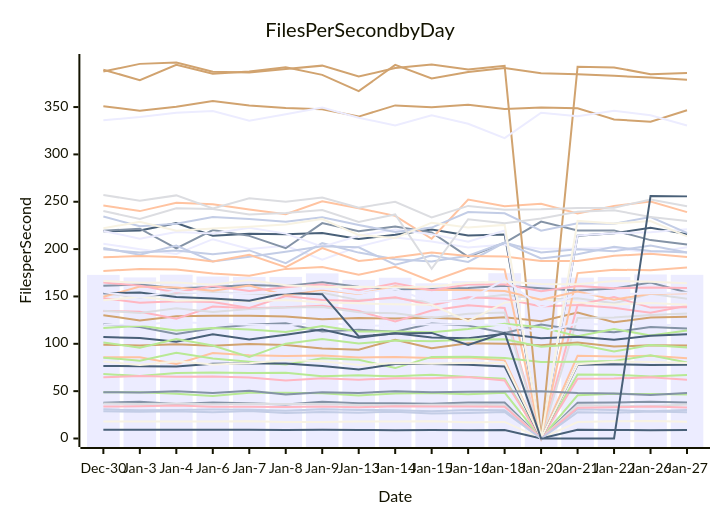
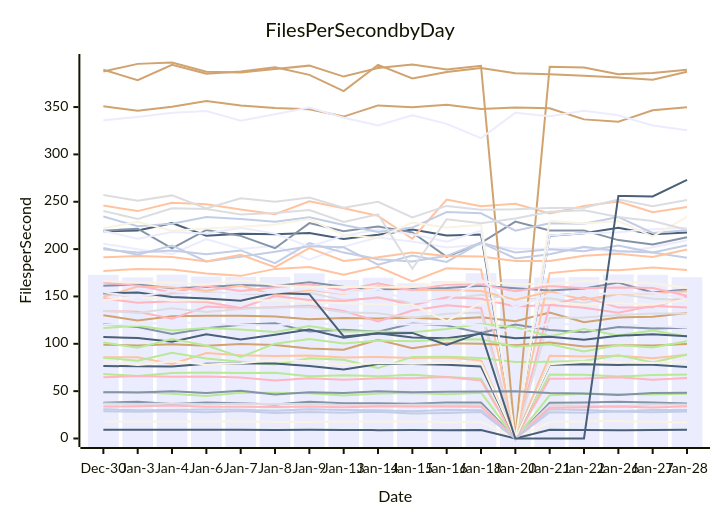
One commit to streetsidesoftware/cspell changed the diagram in perf-report.md. Above: the diagram before and after it, drawn with Mermaid. The commit also changed other lines of this file and 1 other file, not shown here.

````diff
--- a/perf-report.md
+++ b/perf-report.md
@@ -10,57 +10,57 @@
 ```mermaid
 xychart-beta
     title Files Per Second by Day
     y-axis Files per Second
-    x-axis Date [Dec-30, Jan-3, Jan-4, Jan-6, Jan-7, Jan-8, Jan-9, Jan-13, Jan-14, Jan-15, Jan-16, Jan-18, Jan-20, Jan-21, Jan-22, Jan-26, Jan-27]
-    bar [172.79, 170.07, 172.98, 171.06, 170.63, 170.60, 174.36, 167.48, 169.75, 163.88, 166.13, 174.50, 168.43, 169.86, 170.44, 173.21, 172.82]
-    line [37.85, 38.77, 36.54, 38.02, 37.20, 35.97, 38.77, 37.19, 37.15, 36.65, 38.13, 37.95, 0.00, 37.76, 37.89, 38.81, 37.93]
-    line [85.81, 85.78, 78.64, 90.27, 87.90, 87.06, 87.60, 85.54, 86.15, 85.12, 85.43, 82.51, 0.00, 87.43, 86.48, 87.49, 84.71]
-    line [153.21, 148.91, 153.20, 154.41, 153.05, 151.33, 153.98, 146.13, 148.32, 143.55, 147.19, 151.83, 146.83, 148.17, 142.81, 152.72, 147.54]
-    line [48.82, 48.74, 47.38, 44.97, 48.20, 48.28, 47.88, 45.48, 47.52, 48.15, 46.82, 48.44, 0.00, 45.59, 47.24, 46.87, 46.43]
-    line [130.19, 124.72, 128.97, 129.63, 129.57, 128.75, 125.98, 127.26, 126.67, 127.57, 126.01, 128.09, 123.93, 133.11, 122.76, 127.88, 128.69]
-    line [30.88, 29.79, 30.12, 30.58, 30.44, 29.43, 30.82, 30.13, 29.74, 28.69, 30.19, 29.74, 0.00, 30.87, 30.00, 28.70, 30.12]
-    line [134.58, 133.84, 126.46, 139.31, 137.59, 138.48, 140.31, 134.58, 123.64, 135.23, 140.79, 137.86, 0.00, 141.02, 138.02, 132.73, 140.24]
-    line [218.79, 219.63, 227.40, 214.16, 216.11, 215.58, 216.92, 210.61, 215.07, 220.69, 214.26, 215.48, 0.00, 214.23, 216.83, 222.41, 215.81]
-    line [17.93, 17.83, 17.83, 17.89, 18.19, 17.48, 17.44, 18.04, 18.04, 18.22, 17.23, 17.55, 0.00, 17.39, 18.17, 18.55, 17.57]
-    line [205.76, 199.93, 194.96, 210.48, 200.08, 203.53, 188.73, 202.65, 212.27, 207.96, 201.68, 204.97, 200.41, 200.50, 201.35, 196.11, 202.03]
-    line [219.38, 221.60, 200.66, 220.18, 213.99, 200.90, 227.46, 218.81, 223.94, 217.59, 191.78, 206.70, 229.01, 219.68, 219.77, 209.49, 204.94]
-    line [245.95, 240.13, 248.92, 247.35, 241.85, 236.85, 250.47, 243.18, 235.07, 210.91, 252.26, 245.25, 247.79, 237.71, 245.48, 250.24, 239.03]
-    line [134.99, 132.64, 137.41, 133.47, 136.71, 138.45, 138.88, 133.26, 132.31, 127.23, 131.76, 132.93, 0.00, 127.27, 127.81, 130.32, 132.03]
-    line [68.15, 65.99, 69.11, 69.77, 69.09, 69.36, 65.84, 66.66, 65.78, 67.40, 65.04, 63.23, 0.00, 67.48, 67.27, 65.41, 67.07]
-    line [350.95, 345.98, 350.21, 356.35, 351.62, 349.11, 347.65, 339.94, 351.75, 349.84, 352.46, 347.95, 349.61, 348.67, 336.98, 334.45, 346.57]
-    line [199.78, 196.30, 198.61, 194.45, 198.60, 185.12, 206.27, 196.30, 189.40, 186.97, 192.92, 206.92, 196.43, 199.84, 197.78, 203.69, 196.52]
-    line [148.04, 143.32, 145.06, 144.14, 137.83, 150.50, 146.15, 145.30, 149.05, 140.78, 149.26, 147.65, 139.36, 140.95, 149.41, 138.21, 138.55]
-    line [9.12, 9.16, 9.11, 9.12, 9.14, 8.90, 9.21, 9.09, 8.82, 8.93, 8.76, 8.99, 0.00, 9.21, 8.99, 8.69, 9.06]
-    line [145.93, 149.70, 145.36, 146.19, 145.02, 146.18, 143.49, 142.76, 141.64, 141.15, 123.99, 143.49, 147.59, 143.59, 141.42, 143.21, 141.20]
-    line [219.17, 210.98, 218.13, 216.47, 222.63, 216.37, 202.60, 214.18, 220.74, 215.80, 207.87, 219.52, 0.00, 214.36, 216.75, 217.84, 220.87]
-    line [120.64, 117.82, 110.33, 116.53, 120.08, 121.77, 112.94, 114.87, 112.73, 121.37, 119.21, 111.41, 120.28, 114.69, 112.28, 117.78, 116.14]
-    line [176.99, 178.92, 178.38, 174.22, 171.75, 179.11, 181.04, 172.87, 181.24, 165.83, 179.67, 178.49, 0.00, 174.64, 178.29, 177.69, 180.46]
-    line [36.98, 36.38, 37.08, 36.07, 36.65, 36.34, 36.49, 35.46, 35.24, 35.59, 35.58, 35.07, 0.00, 35.24, 34.68, 33.94, 35.92]
-    line [85.34, 82.22, 90.61, 84.54, 80.98, 78.06, 84.72, 83.13, 74.36, 86.16, 86.38, 84.98, 80.87, 81.08, 81.74, 87.91, 80.34]
-    line [387.60, 395.60, 397.05, 387.31, 386.47, 390.16, 393.74, 382.18, 391.17, 394.86, 389.55, 393.53, 0.00, 392.61, 391.87, 384.72, 385.87]
-    line [201.20, 194.13, 203.79, 186.99, 191.85, 197.16, 203.10, 201.84, 183.49, 193.18, 186.41, 206.76, 190.09, 194.48, 202.39, 197.93, 196.32]
-    line [64.66, 65.89, 65.11, 65.47, 64.47, 61.13, 63.67, 62.15, 63.63, 63.52, 64.93, 61.26, 0.00, 63.19, 63.24, 64.72, 62.00]
-    line [76.50, 76.34, 76.08, 79.03, 79.23, 79.24, 76.50, 72.97, 78.65, 78.72, 77.98, 76.03, 0.00, 77.82, 78.41, 77.74, 77.78]
-    line [81.41, 77.52, 81.68, 78.20, 79.53, 83.01, 81.62, 77.54, 79.76, 78.94, 80.05, 79.79, 0.00, 78.41, 81.03, 80.80, 79.69]
-    line [336.17, 339.40, 343.93, 345.83, 335.66, 342.43, 349.42, 338.80, 330.51, 341.37, 332.29, 317.17, 344.00, 340.27, 346.07, 341.26, 330.59]
-    line [161.25, 162.72, 158.59, 160.02, 162.06, 161.10, 164.91, 160.36, 157.59, 157.97, 159.04, 161.40, 158.69, 156.26, 158.43, 164.60, 154.09]
-    line [191.45, 192.64, 191.68, 186.85, 193.93, 180.85, 201.04, 187.54, 191.28, 196.46, 192.64, 192.25, 187.45, 187.38, 192.87, 195.04, 191.69]
-    line [257.10, 251.12, 256.72, 242.84, 253.62, 250.11, 254.55, 243.64, 250.04, 233.42, 245.62, 241.64, 242.10, 243.52, 243.78, 252.46, 245.33]
-    line [116.64, 119.03, 114.16, 116.74, 115.06, 112.51, 118.83, 112.95, 112.89, 112.17, 115.75, 121.13, 117.45, 107.89, 115.63, 108.80, 113.98]
-    line [99.08, 98.33, 99.60, 97.96, 99.84, 98.62, 95.10, 93.83, 104.36, 95.41, 100.49, 100.17, 98.43, 101.26, 97.05, 98.45, 98.30]
-    line [234.40, 224.05, 226.75, 234.01, 231.87, 229.00, 233.60, 225.53, 218.14, 222.73, 239.07, 237.86, 219.38, 227.33, 226.70, 233.87, 217.12]
-    line [33.78, 33.96, 34.86, 33.41, 33.47, 33.19, 33.82, 33.01, 34.00, 33.70, 33.67, 33.62, 0.00, 32.53, 32.97, 33.70, 32.82]
-    line [107.07, 106.25, 102.14, 110.16, 104.65, 109.58, 115.11, 106.48, 111.07, 106.70, 105.83, 110.59, 105.90, 107.50, 104.30, 108.52, 110.13]
-    line [222.00, 228.77, 219.30, 221.68, 223.62, 226.04, 231.74, 214.77, 211.68, 227.93, 222.84, 225.57, 0.00, 229.76, 226.99, 229.64, 213.50]
-    line [120.11, 120.07, 122.96, 121.36, 120.04, 119.36, 122.67, 118.82, 119.70, 120.72, 120.60, 119.83, 111.61, 121.49, 119.94, 120.57, 119.01]
-    line [48.88, 48.70, 49.88, 48.16, 50.54, 46.59, 48.81, 48.15, 49.96, 48.86, 49.35, 49.61, 49.98, 48.14, 47.57, 46.02, 47.96]
-    line [149.63, 160.44, 159.38, 155.94, 161.49, 151.30, 157.09, 152.68, 160.69, 156.79, 156.81, 155.73, 146.52, 155.23, 146.60, 152.95, 153.44]
-    line [240.28, 231.82, 243.15, 242.35, 236.52, 238.12, 241.19, 228.64, 236.61, 179.24, 231.58, 227.41, 232.25, 239.53, 241.09, 233.83, 229.73]
-    line [101.39, 95.92, 105.11, 98.16, 86.10, 100.14, 105.08, 100.22, 103.42, 102.77, 104.55, 104.84, 96.90, 99.42, 91.88, 98.65, 96.11]
-    line [389.40, 378.43, 394.66, 385.25, 387.67, 392.05, 384.01, 366.78, 394.48, 380.24, 387.08, 391.19, 385.76, 384.74, 382.99, 381.11, 378.87]
-    line [28.71, 28.29, 28.89, 27.76, 28.93, 26.82, 27.98, 27.25, 28.25, 26.29, 26.94, 27.92, 0.00, 27.74, 27.10, 28.41, 27.77]
-    line [164.75, 161.43, 154.09, 160.97, 155.89, 159.83, 162.81, 156.59, 163.92, 156.50, 162.70, 162.52, 155.39, 161.05, 158.62, 159.47, 158.84]
-    line [153.37, 154.17, 149.42, 147.86, 145.38, 153.63, 152.37, 107.78, 110.93, 111.50, 98.69, 111.74, 0.00, 0.00, 0.00, 256.11, 255.68]
-    line [166.42, 164.47, 164.70, 162.35, 167.49, 161.75, 159.91, 160.33, 159.51, 160.62, 164.27, 165.83, 163.17, 162.82, 166.39, 165.48, 164.06]
-    line [154.49, 149.59, 155.51, 152.61, 153.69, 153.81, 158.28, 153.24, 158.05, 143.97, 146.11, 167.84, 138.47, 151.83, 152.31, 153.48, 154.19]
+    x-axis Date [Dec-30, Jan-3, Jan-4, Jan-6, Jan-7, Jan-8, Jan-9, Jan-13, Jan-14, Jan-15, Jan-16, Jan-18, Jan-20, Jan-21, Jan-22, Jan-26, Jan-27, Jan-28]
+    bar [172.79, 170.07, 172.98, 171.06, 170.63, 170.60, 174.36, 167.48, 169.75, 163.88, 166.13, 174.50, 168.43, 169.86, 170.44, 173.21, 172.82, 170.35]
+    line [37.85, 38.77, 36.54, 38.02, 37.20, 35.97, 38.77, 37.19, 37.15, 36.65, 38.13, 37.95, 0.00, 37.76, 37.89, 38.81, 37.93, 37.08]
+    line [85.81, 85.78, 78.64, 90.27, 87.90, 87.06, 87.60, 85.54, 86.15, 85.12, 85.43, 82.51, 0.00, 87.43, 86.48, 87.49, 84.71, 88.42]
+    line [153.21, 148.91, 153.20, 154.41, 153.05, 151.33, 153.98, 146.13, 148.32, 143.55, 147.19, 151.83, 146.83, 148.17, 142.81, 152.72, 147.54, 146.30]
+    line [48.82, 48.74, 47.38, 44.97, 48.20, 48.28, 47.88, 45.48, 47.52, 48.15, 46.82, 48.44, 0.00, 45.59, 47.24, 46.87, 46.43, 47.28]
+    line [130.19, 124.72, 128.97, 129.63, 129.57, 128.75, 125.98, 127.26, 126.67, 127.57, 126.01, 128.09, 123.93, 133.11, 122.76, 127.88, 128.69, 132.57]
+    line [30.88, 29.79, 30.12, 30.58, 30.44, 29.43, 30.82, 30.13, 29.74, 28.69, 30.19, 29.74, 0.00, 30.87, 30.00, 28.70, 30.12, 30.00]
+    line [134.58, 133.84, 126.46, 139.31, 137.59, 138.48, 140.31, 134.58, 123.64, 135.23, 140.79, 137.86, 0.00, 141.02, 138.02, 132.73, 140.24, 138.29]
+    line [218.79, 219.63, 227.40, 214.16, 216.11, 215.58, 216.92, 210.61, 215.07, 220.69, 214.26, 215.48, 0.00, 214.23, 216.83, 222.41, 215.81, 217.55]
+    line [17.93, 17.83, 17.83, 17.89, 18.19, 17.48, 17.44, 18.04, 18.04, 18.22, 17.23, 17.55, 0.00, 17.39, 18.17, 18.55, 17.57, 17.18]
+    line [205.76, 199.93, 194.96, 210.48, 200.08, 203.53, 188.73, 202.65, 212.27, 207.96, 201.68, 204.97, 200.41, 200.50, 201.35, 196.11, 202.03, 209.24]
+    line [219.38, 221.60, 200.66, 220.18, 213.99, 200.90, 227.46, 218.81, 223.94, 217.59, 191.78, 206.70, 229.01, 219.68, 219.77, 209.49, 204.94, 212.58]
+    line [245.95, 240.13, 248.92, 247.35, 241.85, 236.85, 250.47, 243.18, 235.07, 210.91, 252.26, 245.25, 247.79, 237.71, 245.48, 250.24, 239.03, 244.34]
+    line [134.99, 132.64, 137.41, 133.47, 136.71, 138.45, 138.88, 133.26, 132.31, 127.23, 131.76, 132.93, 0.00, 127.27, 127.81, 130.32, 132.03, 132.01]
+    line [68.15, 65.99, 69.11, 69.77, 69.09, 69.36, 65.84, 66.66, 65.78, 67.40, 65.04, 63.23, 0.00, 67.48, 67.27, 65.41, 67.07, 67.57]
+    line [350.95, 345.98, 350.21, 356.35, 351.62, 349.11, 347.65, 339.94, 351.75, 349.84, 352.46, 347.95, 349.61, 348.67, 336.98, 334.45, 346.57, 349.76]
+    line [199.78, 196.30, 198.61, 194.45, 198.60, 185.12, 206.27, 196.30, 189.40, 186.97, 192.92, 206.92, 196.43, 199.84, 197.78, 203.69, 196.52, 190.87]
+    line [148.04, 143.32, 145.06, 144.14, 137.83, 150.50, 146.15, 145.30, 149.05, 140.78, 149.26, 147.65, 139.36, 140.95, 149.41, 138.21, 138.55, 149.90]
+    line [9.12, 9.16, 9.11, 9.12, 9.14, 8.90, 9.21, 9.09, 8.82, 8.93, 8.76, 8.99, 0.00, 9.21, 8.99, 8.69, 9.06, 9.13]
+    line [145.93, 149.70, 145.36, 146.19, 145.02, 146.18, 143.49, 142.76, 141.64, 141.15, 123.99, 143.49, 147.59, 143.59, 141.42, 143.21, 141.20, 146.82]
+    line [219.17, 210.98, 218.13, 216.47, 222.63, 216.37, 202.60, 214.18, 220.74, 215.80, 207.87, 219.52, 0.00, 214.36, 216.75, 217.84, 220.87, 222.65]
+    line [120.64, 117.82, 110.33, 116.53, 120.08, 121.77, 112.94, 114.87, 112.73, 121.37, 119.21, 111.41, 120.28, 114.69, 112.28, 117.78, 116.14, 117.06]
+    line [176.99, 178.92, 178.38, 174.22, 171.75, 179.11, 181.04, 172.87, 181.24, 165.83, 179.67, 178.49, 0.00, 174.64, 178.29, 177.69, 180.46, 177.94]
+    line [36.98, 36.38, 37.08, 36.07, 36.65, 36.34, 36.49, 35.46, 35.24, 35.59, 35.58, 35.07, 0.00, 35.24, 34.68, 33.94, 35.92, 35.85]
+    line [85.34, 82.22, 90.61, 84.54, 80.98, 78.06, 84.72, 83.13, 74.36, 86.16, 86.38, 84.98, 80.87, 81.08, 81.74, 87.91, 80.34, 88.79]
+    line [387.60, 395.60, 397.05, 387.31, 386.47, 390.16, 393.74, 382.18, 391.17, 394.86, 389.55, 393.53, 0.00, 392.61, 391.87, 384.72, 385.87, 389.34]
+    line [201.20, 194.13, 203.79, 186.99, 191.85, 197.16, 203.10, 201.84, 183.49, 193.18, 186.41, 206.76, 190.09, 194.48, 202.39, 197.93, 196.32, 203.97]
+    line [64.66, 65.89, 65.11, 65.47, 64.47, 61.13, 63.67, 62.15, 63.63, 63.52, 64.93, 61.26, 0.00, 63.19, 63.24, 64.72, 62.00, 63.84]
+    line [76.50, 76.34, 76.08, 79.03, 79.23, 79.24, 76.50, 72.97, 78.65, 78.72, 77.98, 76.03, 0.00, 77.82, 78.41, 77.74, 77.78, 75.40]
+    line [81.41, 77.52, 81.68, 78.20, 79.53, 83.01, 81.62, 77.54, 79.76, 78.94, 80.05, 79.79, 0.00, 78.41, 81.03, 80.80, 79.69, 81.29]
+    line [336.17, 339.40, 343.93, 345.83, 335.66, 342.43, 349.42, 338.80, 330.51, 341.37, 332.29, 317.17, 344.00, 340.27, 346.07, 341.26, 330.59, 325.41]
+    line [161.25, 162.72, 158.59, 160.02, 162.06, 161.10, 164.91, 160.36, 157.59, 157.97, 159.04, 161.40, 158.69, 156.26, 158.43, 164.60, 154.09, 157.44]
+    line [191.45, 192.64, 191.68, 186.85, 193.93, 180.85, 201.04, 187.54, 191.28, 196.46, 192.64, 192.25, 187.45, 187.38, 192.87, 195.04, 191.69, 199.64]
+    line [257.10, 251.12, 256.72, 242.84, 253.62, 250.11, 254.55, 243.64, 250.04, 233.42, 245.62, 241.64, 242.10, 243.52, 243.78, 252.46, 245.33, 251.94]
+    line [116.64, 119.03, 114.16, 116.74, 115.06, 112.51, 118.83, 112.95, 112.89, 112.17, 115.75, 121.13, 117.45, 107.89, 115.63, 108.80, 113.98, 107.81]
+    line [99.08, 98.33, 99.60, 97.96, 99.84, 98.62, 95.10, 93.83, 104.36, 95.41, 100.49, 100.17, 98.43, 101.26, 97.05, 98.45, 98.30, 99.73]
+    line [234.40, 224.05, 226.75, 234.01, 231.87, 229.00, 233.60, 225.53, 218.14, 222.73, 239.07, 237.86, 219.38, 227.33, 226.70, 233.87, 217.12, 219.94]
+    line [33.78, 33.96, 34.86, 33.41, 33.47, 33.19, 33.82, 33.01, 34.00, 33.70, 33.67, 33.62, 0.00, 32.53, 32.97, 33.70, 32.82, 34.17]
+    line [107.07, 106.25, 102.14, 110.16, 104.65, 109.58, 115.11, 106.48, 111.07, 106.70, 105.83, 110.59, 105.90, 107.50, 104.30, 108.52, 110.13, 108.05]
+    line [222.00, 228.77, 219.30, 221.68, 223.62, 226.04, 231.74, 214.77, 211.68, 227.93, 222.84, 225.57, 0.00, 229.76, 226.99, 229.64, 213.50, 234.13]
+    line [120.11, 120.07, 122.96, 121.36, 120.04, 119.36, 122.67, 118.82, 119.70, 120.72, 120.60, 119.83, 111.61, 121.49, 119.94, 120.57, 119.01, 117.19]
+    line [48.88, 48.70, 49.88, 48.16, 50.54, 46.59, 48.81, 48.15, 49.96, 48.86, 49.35, 49.61, 49.98, 48.14, 47.57, 46.02, 47.96, 48.29]
+    line [149.63, 160.44, 159.38, 155.94, 161.49, 151.30, 157.09, 152.68, 160.69, 156.79, 156.81, 155.73, 146.52, 155.23, 146.60, 152.95, 153.44, 155.49]
+    line [240.28, 231.82, 243.15, 242.35, 236.52, 238.12, 241.19, 228.64, 236.61, 179.24, 231.58, 227.41, 232.25, 239.53, 241.09, 233.83, 229.73, 220.49]
+    line [101.39, 95.92, 105.11, 98.16, 86.10, 100.14, 105.08, 100.22, 103.42, 102.77, 104.55, 104.84, 96.90, 99.42, 91.88, 98.65, 96.11, 102.60]
+    line [389.40, 378.43, 394.66, 385.25, 387.67, 392.05, 384.01, 366.78, 394.48, 380.24, 387.08, 391.19, 385.76, 384.74, 382.99, 381.11, 378.87, 387.27]
+    line [28.71, 28.29, 28.89, 27.76, 28.93, 26.82, 27.98, 27.25, 28.25, 26.29, 26.94, 27.92, 0.00, 27.74, 27.10, 28.41, 27.77, 28.56]
+    line [164.75, 161.43, 154.09, 160.97, 155.89, 159.83, 162.81, 156.59, 163.92, 156.50, 162.70, 162.52, 155.39, 161.05, 158.62, 159.47, 158.84, 150.79]
+    line [153.37, 154.17, 149.42, 147.86, 145.38, 153.63, 152.37, 107.78, 110.93, 111.50, 98.69, 111.74, 0.00, 0.00, 0.00, 256.11, 255.68, 273.05]
+    line [166.42, 164.47, 164.70, 162.35, 167.49, 161.75, 159.91, 160.33, 159.51, 160.62, 164.27, 165.83, 163.17, 162.82, 166.39, 165.48, 164.06, 159.01]
+    line [154.49, 149.59, 155.51, 152.61, 153.69, 153.81, 158.28, 153.24, 158.05, 143.97, 146.11, 167.84, 138.47, 151.83, 152.31, 153.48, 154.19, 147.23]
 ```
````
